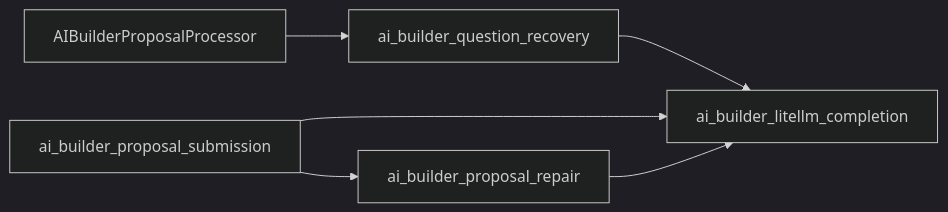
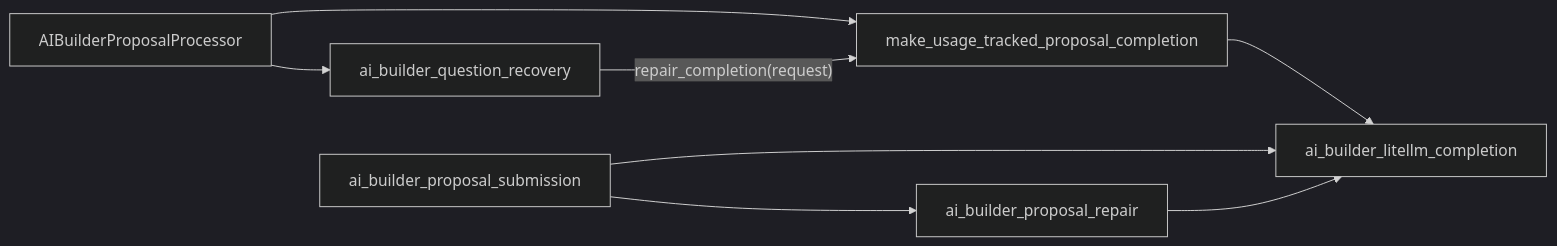
One commit to eneo-ai/eneo changed the first of 2 diagrams in docs/flows/flow-ai-builder-phase4-question-recovery-completion-boundary.md. Above: the diagram before and after it, drawn with Mermaid (dark theme). The commit also changed other lines of this file and 6 other files, not shown here.

````diff
--- a/docs/flows/flow-ai-builder-phase4-question-recovery-completion-boundary.md
+++ b/docs/flows/flow-ai-builder-phase4-question-recovery-completion-boundary.md
@@ -28,14 +28,17 @@
 ```mermaid
 flowchart LR
   Processor["AIBuilderProposalProcessor"]
   QR["ai_builder_question_recovery"]
+  CompletionFactory["make_usage_tracked_proposal_completion"]
   Completion["ai_builder_litellm_completion"]
   Repair["ai_builder_proposal_repair"]
   Submission["ai_builder_proposal_submission"]
 
   Processor --> QR
-  QR --> Completion
+  Processor --> CompletionFactory
+  CompletionFactory --> Completion
+  QR -->|"repair_completion(request)"| CompletionFactory
   Submission --> Completion
   Submission --> Repair
   Repair --> Completion
 ```
````
